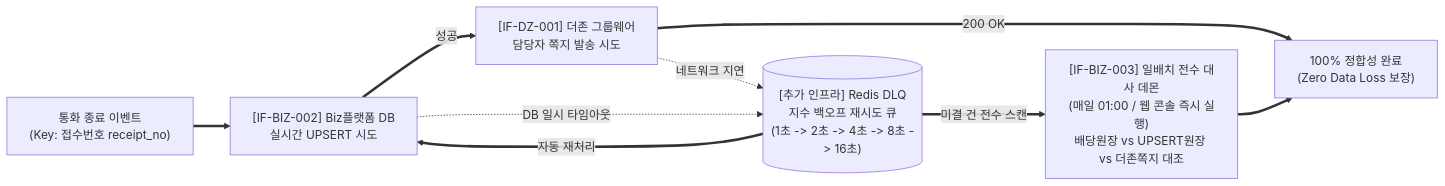
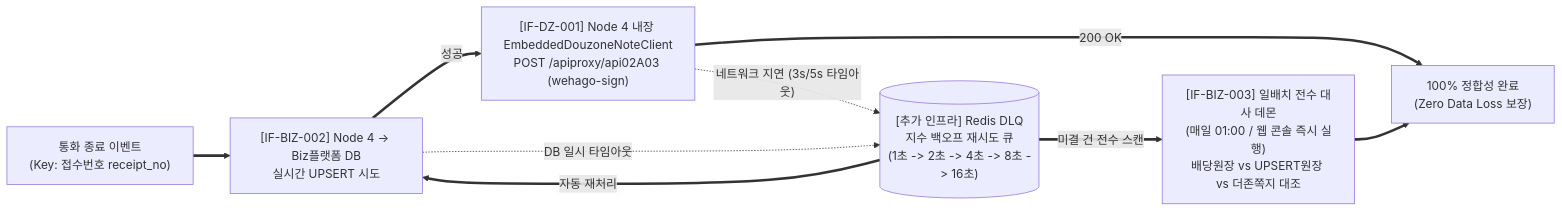
Before and after one commit to herosonsa1/AI_HappyCall: the fourth of 4 diagrams in dist/docs/03_업무프로세스_다이어그램.md, drawn with Mermaid. The commit also changed other lines of this file and 33 other files, not shown here.

Commit message:
feat(node4-douzone): REA-analyze ITTM DouzoneApiClient (/apiproxy/api02A03) and embed directly into Node 4 without separate node

````diff
--- a/dist/docs/03_업무프로세스_다이어그램.md
+++ b/dist/docs/03_업무프로세스_다이어그램.md
@@ -167,17 +168,17 @@
 ```mermaid
 flowchart LR
     CALL_END["통화 종료 이벤트<br/>(Key: 접수번호 receipt_no)"]
-    UPSERT_TRY["[IF-BIZ-002] Biz플랫폼 DB<br/>실시간 UPSERT 시도"]
-    DZ_TRY["[IF-DZ-001] 더존 그룹웨어<br/>담당자 쪽지 발송 시도"]
+    UPSERT_TRY["[IF-BIZ-002] Node 4 -> Biz플랫폼 DB<br/>실시간 UPSERT 시도"]
+    DZ_TRY["[IF-DZ-001] Node 4 내장 EmbeddedDouzoneNoteClient<br/>POST /apiproxy/api02A03 (wehago-sign)"]
     REDIS_DLQ[("[추가 인프라] Redis DLQ<br/>지수 백오프 재시도 큐<br/>(1초 -> 2초 -> 4초 -> 8초 -> 16초)")]
     RECON_BATCH["[IF-BIZ-003] 일배치 전수 대사 데몬<br/>(매일 01:00 / 웹 콘솔 즉시 실행)<br/>배당원장 vs UPSERT원장 vs 더존쪽지 대조"]
     FINAL_OK["100% 정합성 완료<br/>(Zero Data Loss 보장)"]
 
     CALL_END ==> UPSERT_TRY
     UPSERT_TRY ==>|"성공"| DZ_TRY
     UPSERT_TRY -.->|"DB 일시 타임아웃"| REDIS_DLQ
     DZ_TRY ==>|"200 OK"| FINAL_OK
-    DZ_TRY -.->|"네트워크 지연"| REDIS_DLQ
+    DZ_TRY -.->|"네트워크 지연 (3s/5s 타임아웃)"| REDIS_DLQ
     REDIS_DLQ ==>|"자동 재처리"| UPSERT_TRY
     REDIS_DLQ ==>|"미결 건 전수 스캔"| RECON_BATCH ==> FINAL_OK
 ```
````
